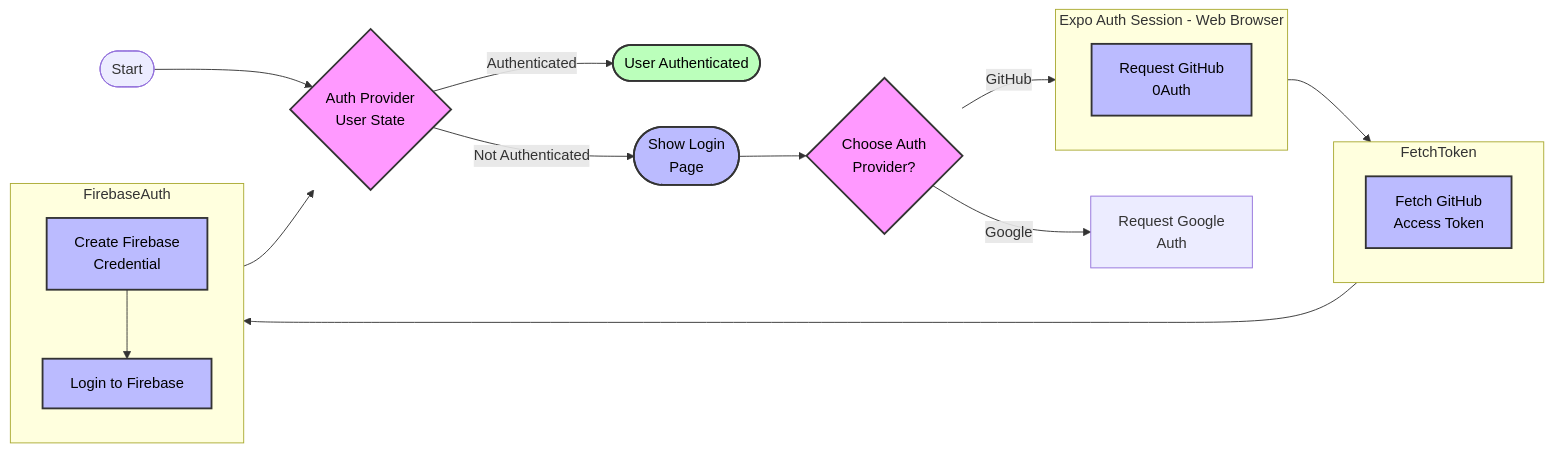
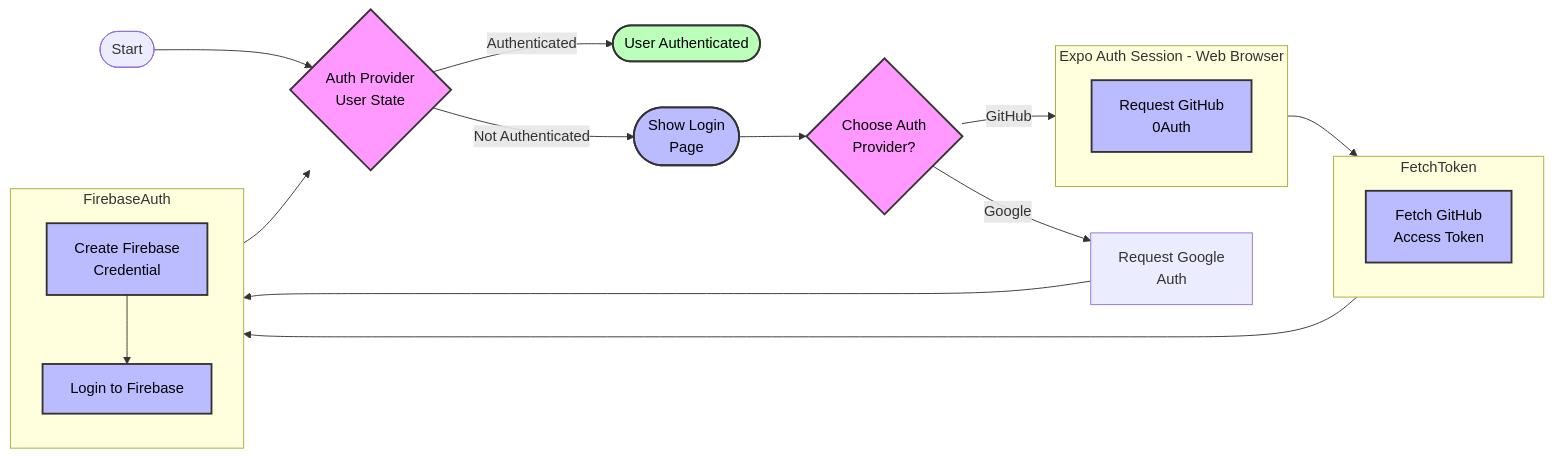
One commit to Tablerase/42_Piscine_Mobile changed the fifth of 5 diagrams in README.md. Above: the diagram before and after it, drawn with Mermaid. The commit also changed 6 other files, not shown here.

````diff
--- a/README.md
+++ b/README.md
@@ -641,40 +641,43 @@
 ```mermaid
 flowchart LR
     Start([Start]) --> Check{Auth Provider<br/>User State}
 
     Check -->|Authenticated| Success([User Authenticated])
     Check -->|Not Authenticated| ShowLogin([Show Login<br/>Page])
 
     ShowLogin --> ChooseProvider{Choose Auth<br/>Provider?}
-    ChooseProvider -->|Google| RequestGoogle[Request Google<br/>Auth]
+
 
     subgraph ExpoAuthSession["Expo Auth Session - Web Browser"]
       direction TB
         GithubOauthCode[Request GitHub<br/>0Auth]
     end
     ChooseProvider -->|GitHub| GithubOauthCode
 
     subgraph FetchToken
       direction TB
         GithubToken[Fetch GitHub<br/>Access Token]
     end
     GithubOauthCode --> GithubToken
+
+    ChooseProvider -->|Google| RequestGoogle[Request Google<br/>Auth]
+    RequestGoogle --> FirebaseCredential[Create Firebase<br/>Credential]
 
     subgraph FirebaseAuth
       direction TB
         FirebaseCredential[Create Firebase<br/>Credential]
         FirebaseLogin[Login to Firebase]
         FirebaseCredential --> FirebaseLogin[Login to Firebase]
     end
     GithubToken --> FirebaseCredential[Create Firebase<br/>Credential]
 
     FirebaseLogin --> Check
 
     classDef decision fill:#f9f,stroke:#333,stroke-width:2px,color:#000
     classDef action fill:#bbf,stroke:#333,stroke-width:2px,color:#000
     classDef terminal fill:#bfb,stroke:#333,stroke-width:2px,color:#000
 
     class Check,ChooseProvider decision
     class Request,ShowLogin,GithubOauthCode,GithubToken,FirebaseCredential,FirebaseLogin action
     class Success,HandleUnauth terminal
 ```
````
